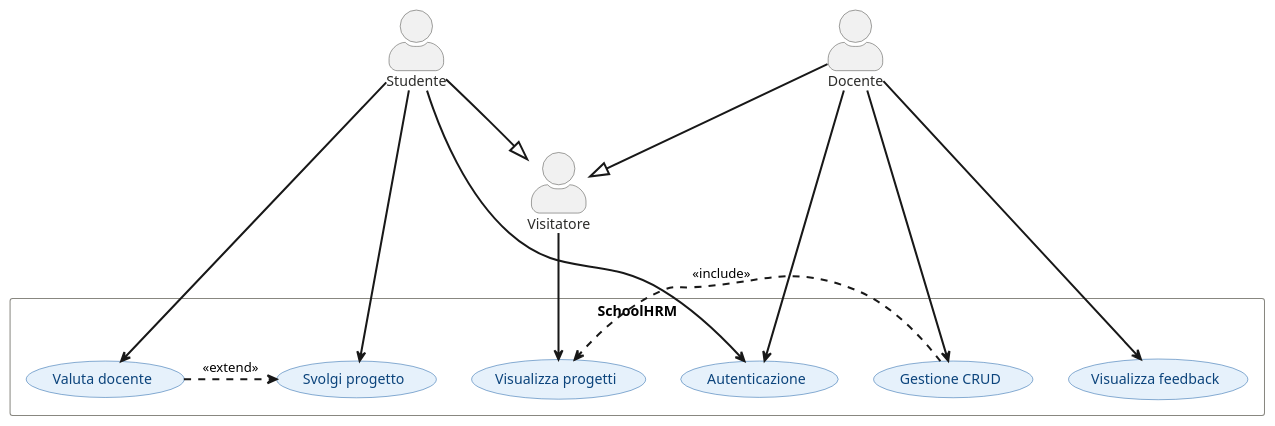
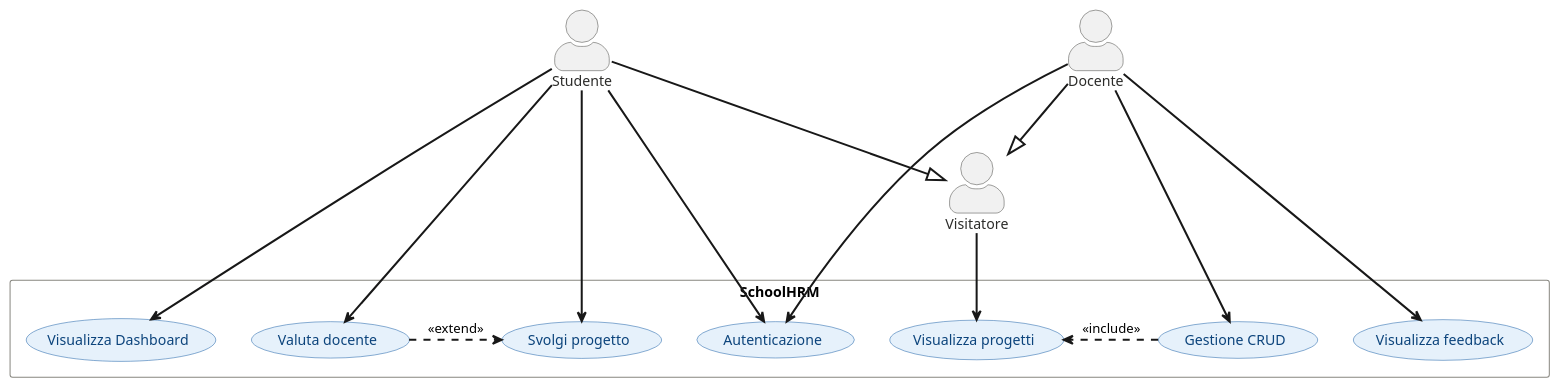
Before and after one commit to KamilIbragimov/Progetto_Di_Fine_Anno-2026: the diagram in usecase.puml, drawn with PlantUML. The commit also changed 9 other files, not shown here.

```diff
--- a/usecase.puml
+++ b/usecase.puml
@@ -1,46 +1,48 @@
 @startuml SchoolHRM_UseCase
 
 skinparam actorStyle awesome
 skinparam packageStyle rectangle
 skinparam usecaseBorderColor #185FA5
 skinparam usecaseBackgroundColor #E6F1FB
 skinparam usecaseFontColor #0C447C
 skinparam actorBorderColor #444441
 skinparam actorFontColor #2C2C2A
 skinparam packageBorderColor #888780
 skinparam packageFontColor #444441
 skinparam ArrowThickness 1
 
 
 skinparam usecaseArrowThickness 2
 
 actor "Visitatore" as Visitatore
 actor "Studente"   as Studente
 actor "Docente"    as Docente
 
 Studente --|> Visitatore
 Docente  --|> Visitatore
 
 package "SchoolHRM" {
   usecase "Visualizza progetti"    as UC03
   usecase "Autenticazione"         as UC_auth
   usecase "Gestione CRUD"          as UC04
   usecase "Visualizza feedback"    as UC07
   usecase "Svolgi progetto"        as UC05
   usecase "Valuta docente"         as UC06
+  usecase "Visualizza Dashboard"   as UC08
 }
 
 Visitatore --> UC03
 
 Studente   --> UC_auth
 Studente   --> UC05
 Studente   --> UC06
+Studente   --> UC08
 
 Docente    --> UC_auth
 Docente    --> UC04
 Docente    --> UC07
 
 UC04 .> UC03 : <<include>>
 UC06 .> UC05 : <<extend>>
 
 @enduml
```
